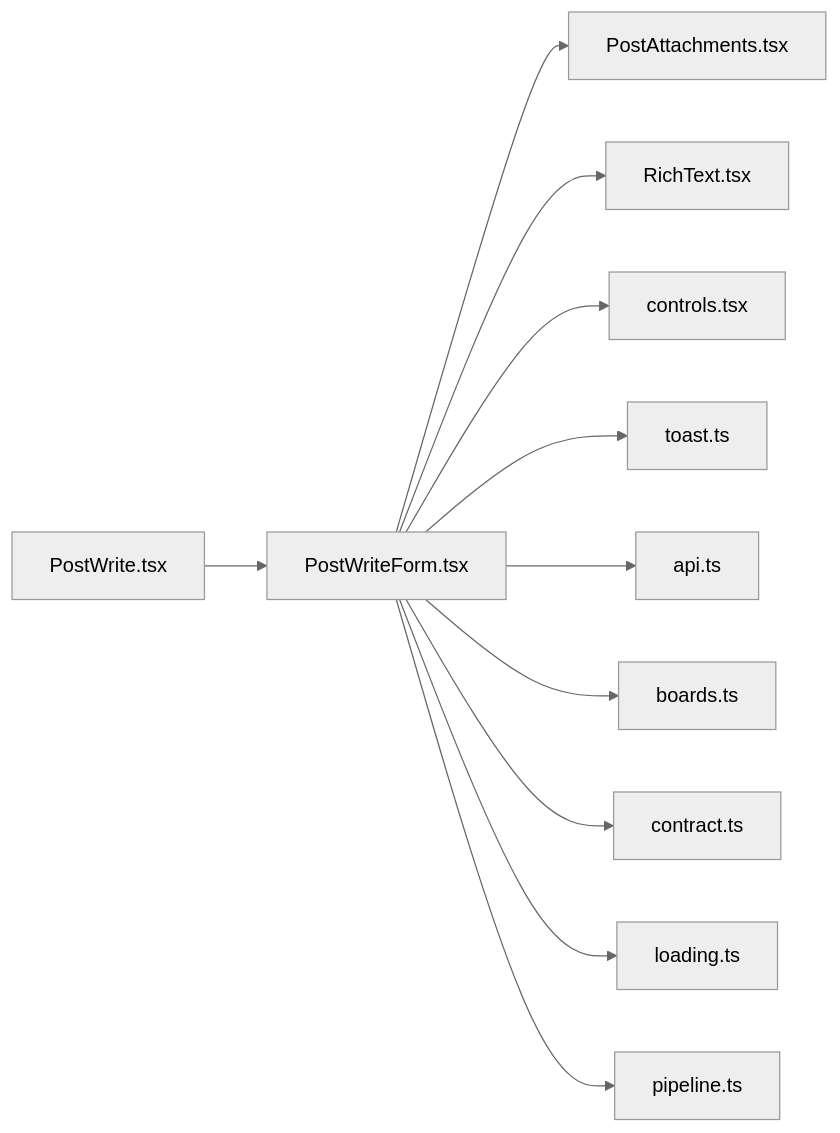
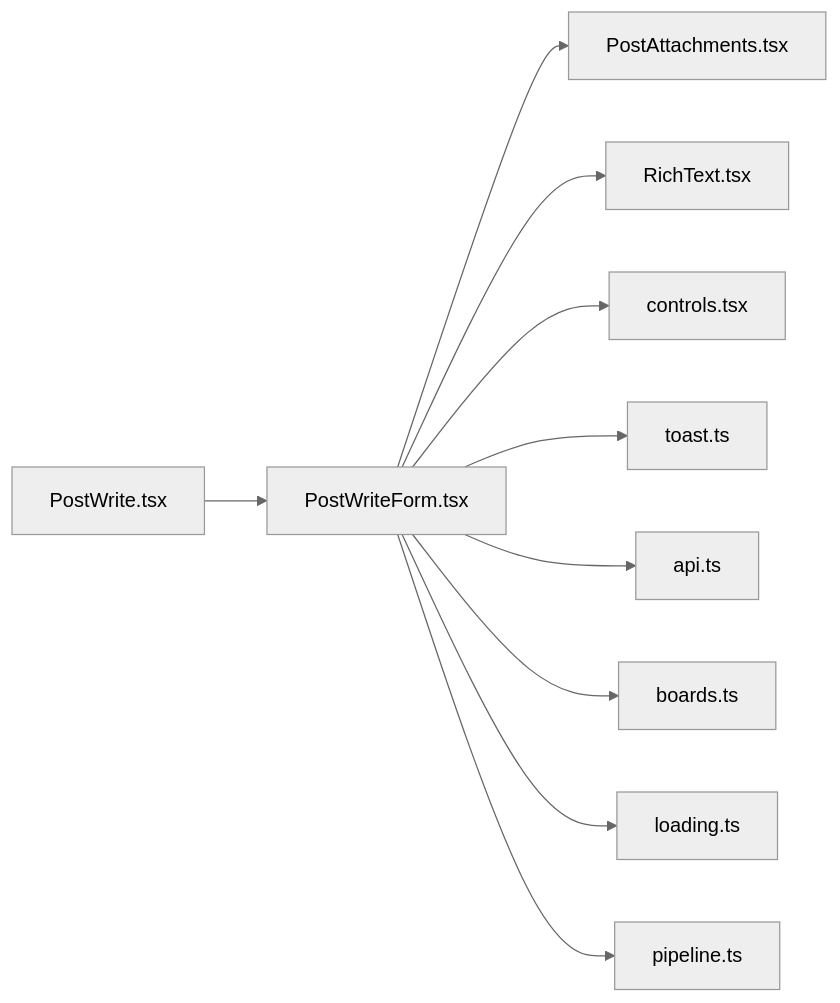
One commit to minkong-dev/Banblit changed the diagram in .cluedoc/graph/frontend/src/components/PostWriteForm.md. Above: the diagram before and after it, drawn with Mermaid (neutral theme). The commit also changed other lines of this file and 17 other files, not shown here.

````diff
--- a/.cluedoc/graph/frontend/src/components/PostWriteForm.md
+++ b/.cluedoc/graph/frontend/src/components/PostWriteForm.md
@@ -10,14 +10,13 @@
 ```mermaid
 flowchart LR
   frontend_src_components_PostWriteForm["PostWriteForm.tsx"]
   frontend_src_components_PostWriteForm --> frontend_src_components_PostAttachments["PostAttachments.tsx"]
   frontend_src_components_PostWriteForm --> frontend_src_components_RichText["RichText.tsx"]
   frontend_src_components_PostWriteForm --> frontend_src_components_controls["controls.tsx"]
   frontend_src_components_PostWriteForm --> frontend_src_components_toast["toast.ts"]
   frontend_src_components_PostWriteForm --> frontend_src_lib_api["api.ts"]
   frontend_src_components_PostWriteForm --> frontend_src_lib_boards["boards.ts"]
-  frontend_src_components_PostWriteForm --> frontend_src_lib_contract["contract.ts"]
   frontend_src_components_PostWriteForm --> frontend_src_lib_loading["loading.ts"]
   frontend_src_components_PostWriteForm --> frontend_src_lib_pipeline["pipeline.ts"]
   frontend_src_routes_PostWrite["PostWrite.tsx"] --> frontend_src_components_PostWriteForm
 ```
````
